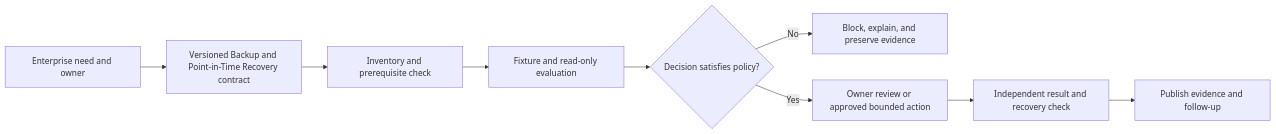
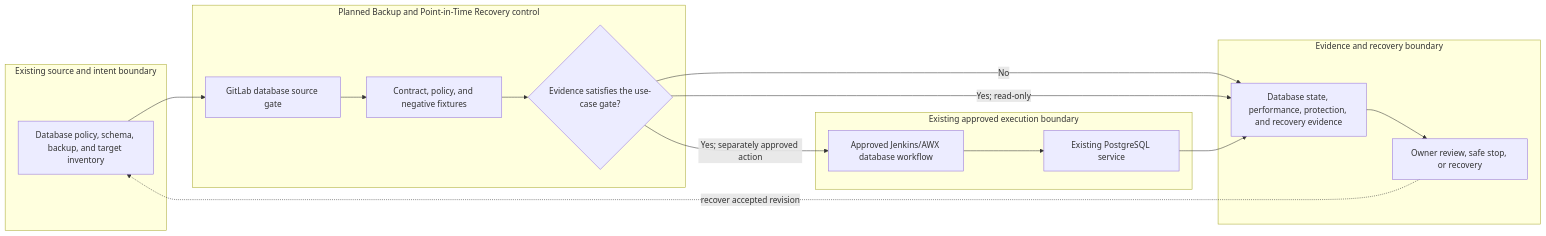
Before and after one commit to MIDHTECH/enterprise-architecture-docs: the diagram in docs/use-cases/database/UC-DB-005-backup-and-point-in-time-recovery.md, drawn with Mermaid. The commit also changed other lines of this file and 227 other files, not shown here.

Commit message:
Deepen architecture for all use case designs

````diff
--- a/docs/use-cases/database/UC-DB-005-backup-and-point-in-time-recovery.md
+++ b/docs/use-cases/database/UC-DB-005-backup-and-point-in-time-recovery.md
@@ -136,11 +129,25 @@
 ```mermaid
 flowchart LR
-    Need["Enterprise need and owner"] --> Contract["Versioned Backup and Point-in-Time Recovery contract"]
-    Contract --> Preflight["Inventory and prerequisite check"]
-    Preflight --> Evaluate["Fixture and read-only evaluation"]
-    Evaluate --> Decision{"Decision satisfies policy?"}
-    Decision -->|No| Stop["Block, explain, and preserve evidence"]
-    Decision -->|Yes| Review["Owner review or approved bounded action"]
-    Review --> Verify["Independent result and recovery check"]
-    Verify --> Publish["Publish evidence and follow-up"]
+    subgraph Source["Existing source and intent boundary"]
+        A["Database policy, schema, backup, and target inventory"]
+    end
+    subgraph Planned["Planned Backup and Point-in-Time Recovery control"]
+        B["GitLab database source gate"]
+        C["Contract, policy, and negative fixtures"]
+        D{"Evidence satisfies the use-case gate?"}
+    end
+    subgraph Runtime["Existing approved execution boundary"]
+        E["Approved Jenkins/AWX database workflow"]
+        F["Existing PostgreSQL service"]
+    end
+    subgraph Assurance["Evidence and recovery boundary"]
+        G["Database state, performance, protection, and recovery evidence"]
+        H["Owner review, safe stop, or recovery"]
+    end
+
+    A --> B --> C --> D
+    D -->|No| G --> H
+    D -->|Yes; read-only| G
+    D -->|Yes; separately approved action| E --> F --> G
+    H -. recover accepted revision .-> A
 ```
````
